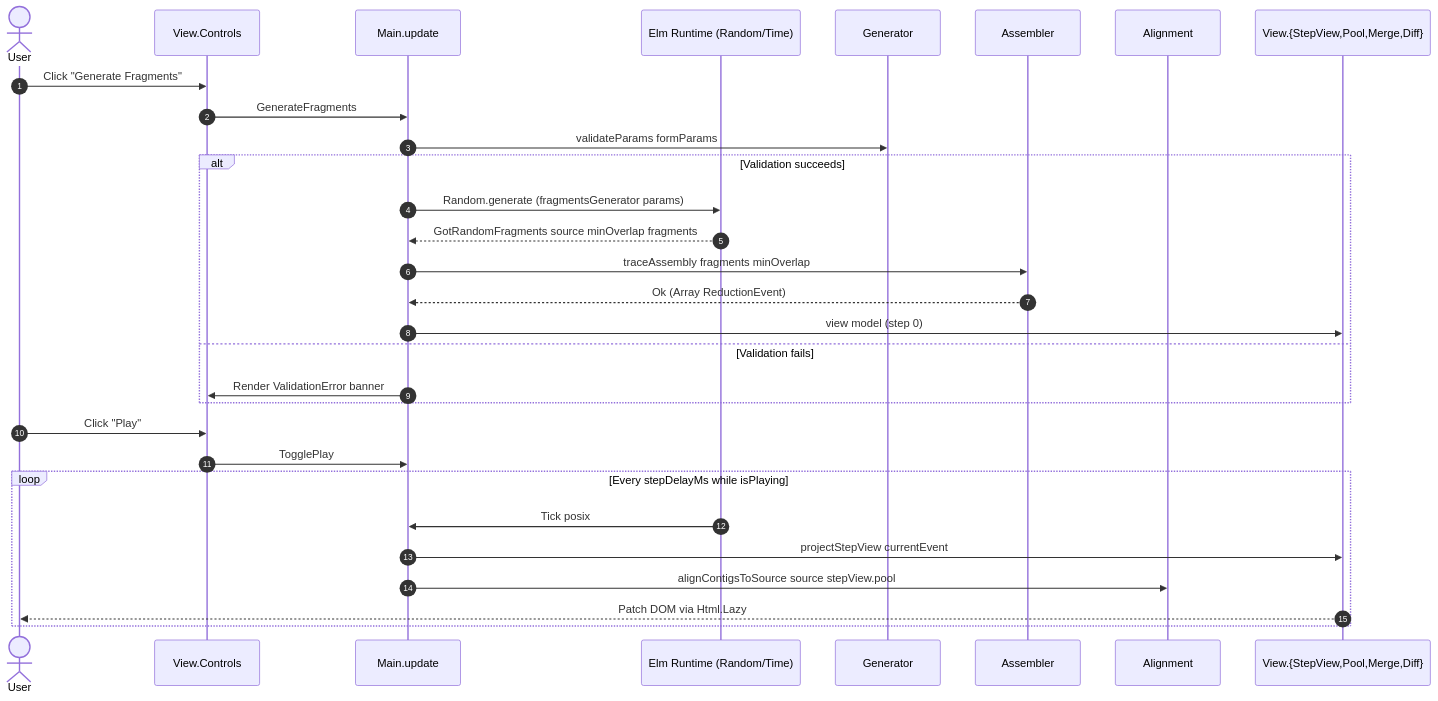
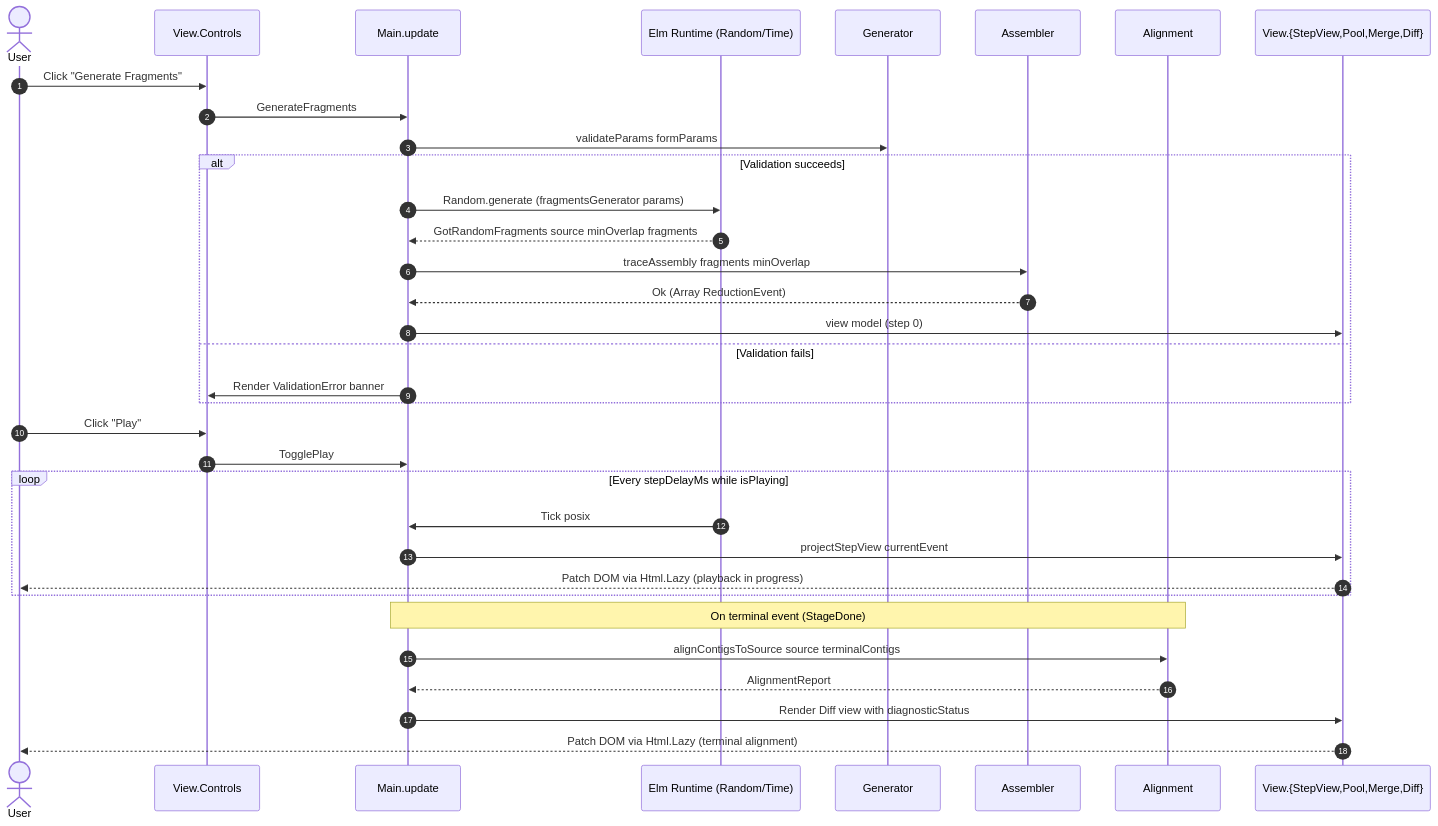
The third of 3 diagrams in docs/REQ-001-interactive-olc-assembler.md (frankhjung/elm-reconstruct-strings), drawn with Mermaid before and after one commit. The commit also changed other lines of this file and 1 other file, not shown here.

````diff
--- a/docs/REQ-001-interactive-olc-assembler.md
+++ b/docs/REQ-001-interactive-olc-assembler.md
@@ -238,34 +284,38 @@
 ```mermaid
 sequenceDiagram
     autonumber
     actor User
     participant Controls as View.Controls
     participant Main as Main.update
     participant Random as Elm Runtime (Random/Time)
     participant Gen as Generator
     participant Asm as Assembler
     participant Align as Alignment
     participant Views as View.{StepView,Pool,Merge,Diff}
 
     User->>Controls: Click "Generate Fragments"
     Controls->>Main: GenerateFragments
     Main->>Gen: validateParams formParams
     alt Validation succeeds
         Main->>Random: Random.generate (fragmentsGenerator params)
         Random-->>Main: GotRandomFragments source minOverlap fragments
         Main->>Asm: traceAssembly fragments minOverlap
         Asm-->>Main: Ok (Array ReductionEvent)
         Main->>Views: view model (step 0)
     else Validation fails
         Main->>Controls: Render ValidationError banner
     end
 
     User->>Controls: Click "Play"
     Controls->>Main: TogglePlay
     loop Every stepDelayMs while isPlaying
         Random->>Main: Tick posix
         Main->>Views: projectStepView currentEvent
-        Main->>Align: alignContigsToSource source stepView.pool
-        Views-->>User: Patch DOM via Html.Lazy
+        Views-->>User: Patch DOM via Html.Lazy (playback in progress)
     end
+    Note over Main,Align: On terminal event (StageDone)
+    Main->>Align: alignContigsToSource source terminalContigs
+    Align-->>Main: AlignmentReport
+    Main->>Views: Render Diff view with diagnosticStatus
+    Views-->>User: Patch DOM via Html.Lazy (terminal alignment)
 ```
````
